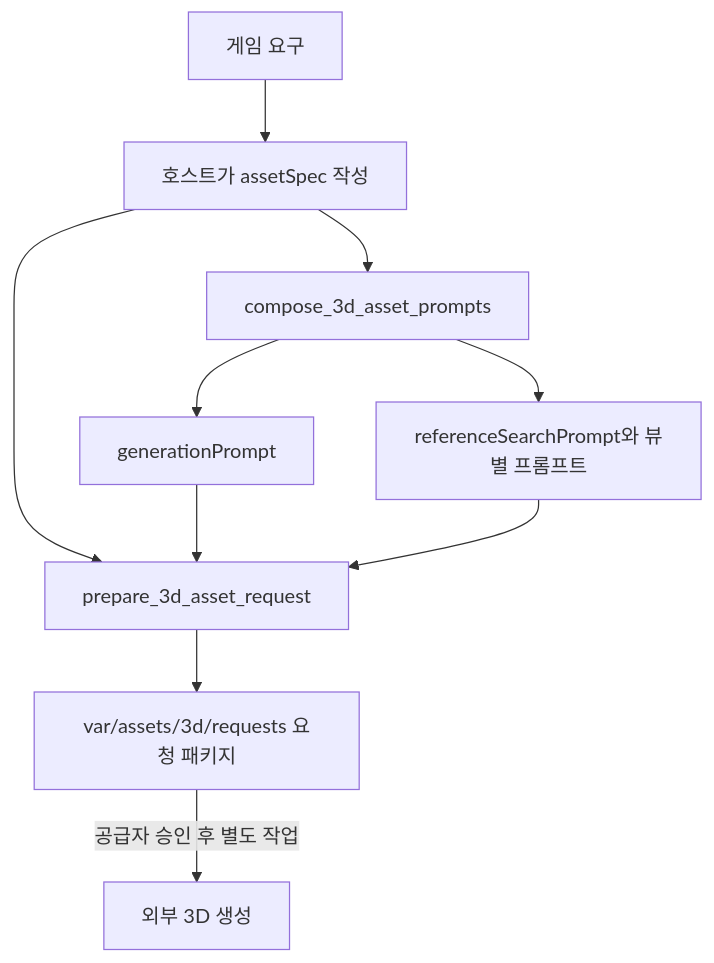
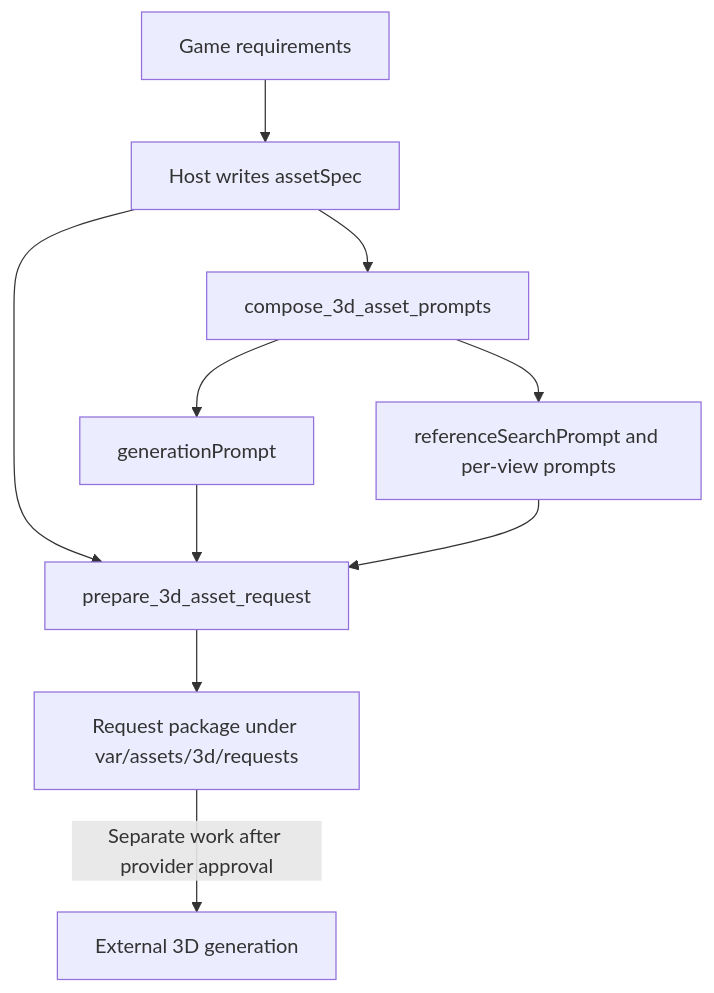
Before and after one commit to JugleGame/Game-Develop-Orchestration: the diagram in docs/3d-asset-prompts.md, drawn with Mermaid. The commit also changed other lines of this file, not shown here.

Commit message:
docs(asset3d): translate prompt contract

````diff
--- a/docs/3d-asset-prompts.md
+++ b/docs/3d-asset-prompts.md
@@ -9,12 +10,12 @@
 ```mermaid
 flowchart TD
-    R["게임 요구"] --> S["호스트가 assetSpec 작성"]
+    R["Game requirements"] --> S["Host writes assetSpec"]
     S --> C["compose_3d_asset_prompts"]
     C --> G["generationPrompt"]
-    C --> Q["referenceSearchPrompt와 뷰별 프롬프트"]
+    C --> Q["referenceSearchPrompt and per-view prompts"]
     S --> P["prepare_3d_asset_request"]
     G --> P
     Q --> P
-    P --> H["var/assets/3d/requests 요청 패키지"]
-    H -->|"공급자 승인 후 별도 작업"| E["외부 3D 생성"]
+    P --> H["Request package under var/assets/3d/requests"]
+    H -->|"Separate work after provider approval"| E["External 3D generation"]
 ```
````
